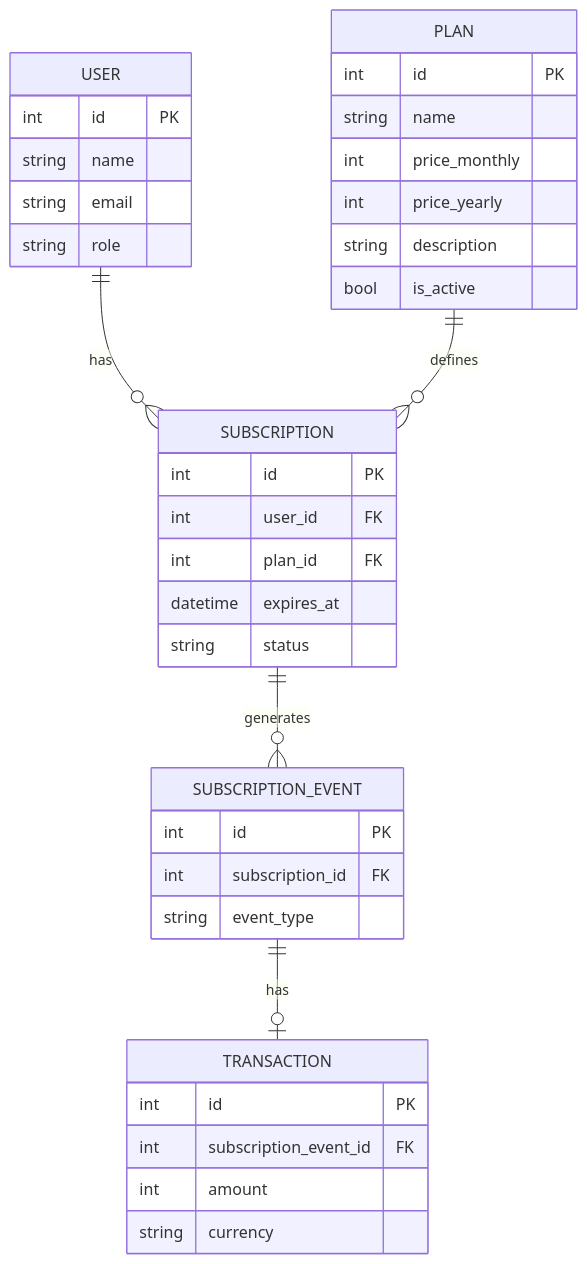
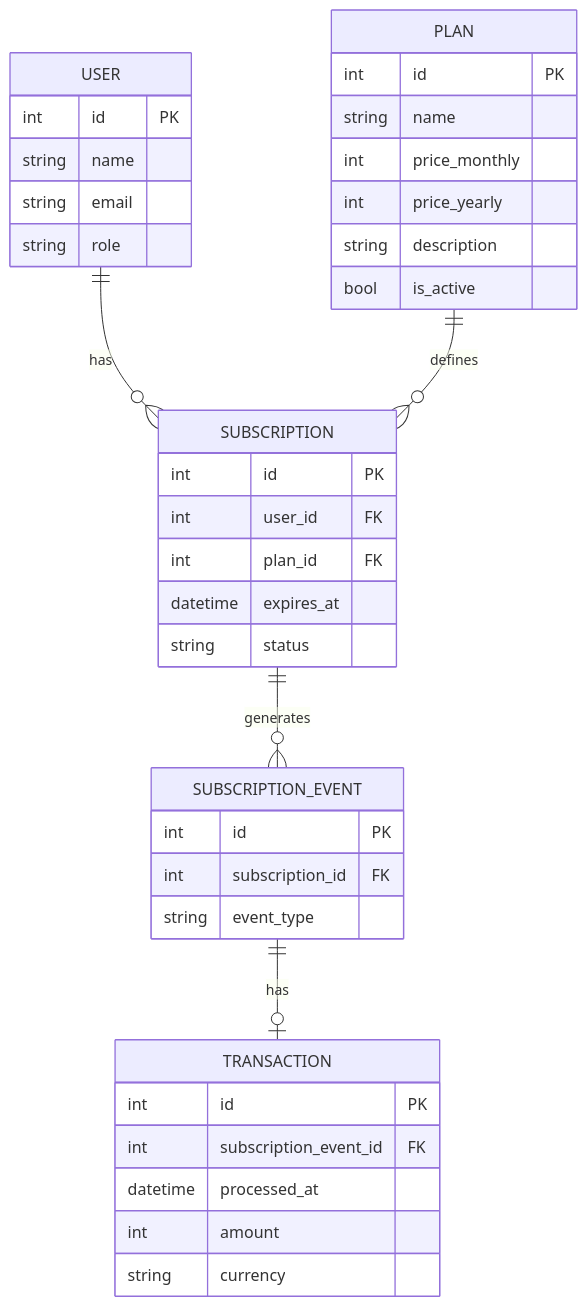
Before and after one commit to luidsonl/url-shortener-laravel-react: the diagram in docs/ideas/ERD.md, drawn with Mermaid.

Commit message:
doc: add processed_at field to transaction entity

````diff
--- a/docs/ideas/ERD.md
+++ b/docs/ideas/ERD.md
@@ -1,44 +1,45 @@
 ```mermaid
 erDiagram
     USER ||--o{ SUBSCRIPTION : has
     PLAN ||--o{ SUBSCRIPTION : defines
     SUBSCRIPTION ||--o{ SUBSCRIPTION_EVENT : generates
     SUBSCRIPTION_EVENT ||--o| TRANSACTION : has
     
     USER {
         int id PK
         string name
         string email
         string role
     }
     
     PLAN {
         int id PK
         string name
         int price_monthly
         int price_yearly
         string description
         bool is_active
     }
     
     SUBSCRIPTION {
         int id PK
         int user_id FK
         int plan_id FK
         datetime expires_at
         string status
     }
     
     SUBSCRIPTION_EVENT {
         int id PK
         int subscription_id FK
         string event_type
     }
 
     TRANSACTION {
         int id PK
         int subscription_event_id FK
+        datetime processed_at
         int amount
         string currency
     }
 ```
````
